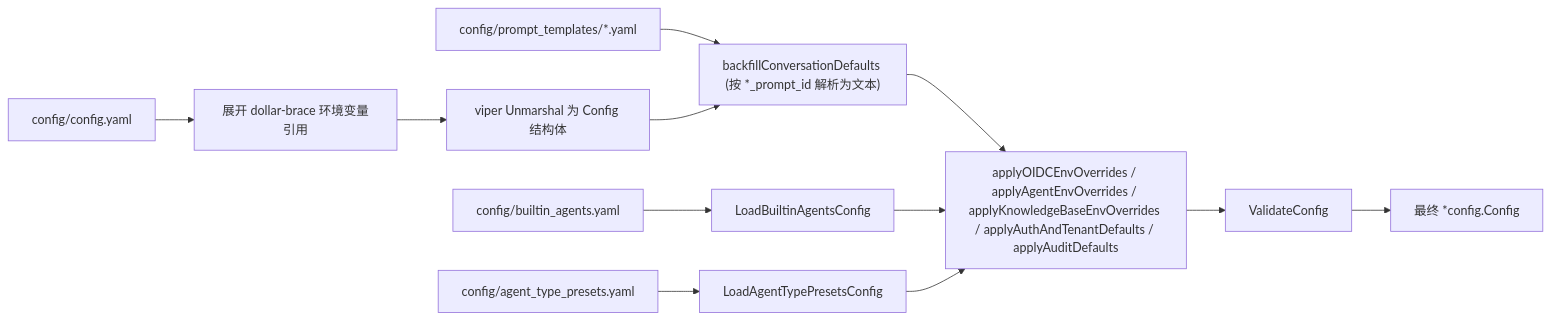
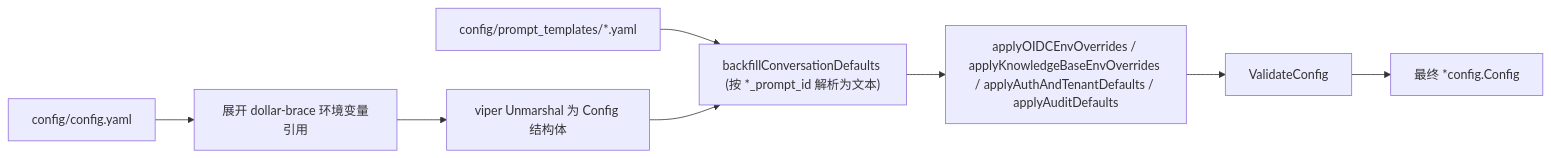
One commit to magicyuan876/Yuheng changed the diagram in website-docs/01-getting-started/04-configuration.md. Above: the diagram before and after it, drawn with Mermaid. The commit also changed other lines of this file and 32 other files, not shown here.

````diff
--- a/website-docs/01-getting-started/04-configuration.md
+++ b/website-docs/01-getting-started/04-configuration.md
@@ -27,13 +26,9 @@
 ```mermaid
 flowchart LR
     Y["config/config.yaml"] --> EXP["展开 dollar-brace 环境变量引用"]
     EXP --> V["viper Unmarshal 为 Config 结构体"]
     PT["config/prompt_templates/*.yaml"] --> BF["backfillConversationDefaults (按 *_prompt_id 解析为文本)"]
     V --> BF
-    BA["config/builtin_agents.yaml"] --> LD["LoadBuiltinAgentsConfig"]
-    AP["config/agent_type_presets.yaml"] --> LD2["LoadAgentTypePresetsConfig"]
-    BF --> OV["applyOIDCEnvOverrides / applyAgentEnvOverrides / applyKnowledgeBaseEnvOverrides / applyAuthAndTenantDefaults / applyAuditDefaults"]
-    LD --> OV
-    LD2 --> OV
+    BF --> OV["applyOIDCEnvOverrides / applyKnowledgeBaseEnvOverrides / applyAuthAndTenantDefaults / applyAuditDefaults"]
     OV --> VC["ValidateConfig"] --> CFG["最终 *config.Config"]
 ```
````
